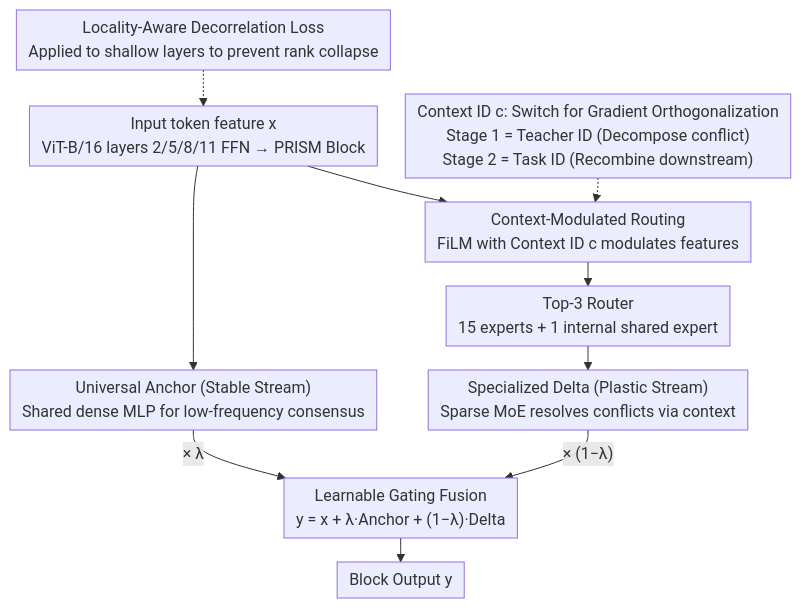
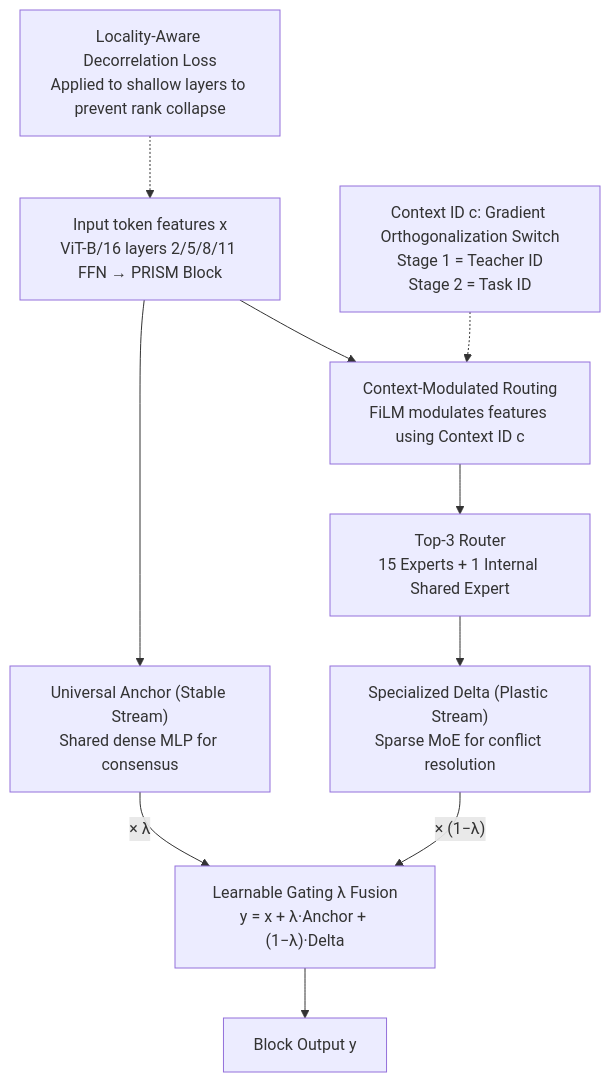
The diagram in docs/ICML2026/model_compression/prism_synergizing_vision_foundation_models_via_self-organized_expert_specializat.md (zhaoyang97/Paper-Notes-en), drawn with Mermaid before and after one commit. The commit also changed other lines of this file and 5084 other files, not shown here.

````diff
--- a/docs/ICML2026/model_compression/prism_synergizing_vision_foundation_models_via_self-organized_expert_specializat.md
+++ b/docs/ICML2026/model_compression/prism_synergizing_vision_foundation_models_via_self-organized_expert_specializat.md
@@ -42,14 +42,13 @@
 ```mermaid
-%%{init: {'flowchart': {'rankSpacing': 24, 'nodeSpacing': 28, 'padding': 6, 'wrappingWidth': 400}}}%%
-flowchart TD
-    X["Input token feature x<br/>ViT-B/16 layers 2/5/8/11 FFN → PRISM Block"]
-    X --> ANC["Universal Anchor (Stable Stream)<br/>Shared dense MLP for low-frequency consensus"]
-    X --> FILM["Context-Modulated Routing<br/>FiLM with Context ID c modulates features"]
-    FILM --> ROUTE["Top-3 Router<br/>15 experts + 1 internal shared expert"]
-    ROUTE --> DELTA["Specialized Delta (Plastic Stream)<br/>Sparse MoE resolves conflicts via context"]
-    ANC -->|"× λ"| GATE["Learnable Gating Fusion<br/>y = x + λ·Anchor + (1−λ)·Delta"]
+graph TD
+    X["Input token features x<br/>ViT-B/16 layers 2/5/8/11 FFN → PRISM Block"]
+    X --> ANC["Universal Anchor (Stable Stream)<br/>Shared dense MLP for consensus"]
+    X --> FILM["Context-Modulated Routing<br/>FiLM modulates features using Context ID c"]
+    FILM --> ROUTE["Top-3 Router<br/>15 Experts + 1 Internal Shared Expert"]
+    ROUTE --> DELTA["Specialized Delta (Plastic Stream)<br/>Sparse MoE for conflict resolution"]
+    ANC -->|"× λ"| GATE["Learnable Gating λ Fusion<br/>y = x + λ·Anchor + (1−λ)·Delta"]
     DELTA -->|"× (1−λ)"| GATE
     GATE --> OUT["Block Output y"]
-    CTX["Context ID c: Switch for Gradient Orthogonalization<br/>Stage 1 = Teacher ID (Decompose conflict)<br/>Stage 2 = Task ID (Recombine downstream)"] -.-> FILM
+    CTX["Context ID c: Gradient Orthogonalization Switch<br/>Stage 1 = Teacher ID<br/>Stage 2 = Task ID"] -.-> FILM
     LDL["Locality-Aware Decorrelation Loss<br/>Applied to shallow layers to prevent rank collapse"] -.-> X
 ```
````
